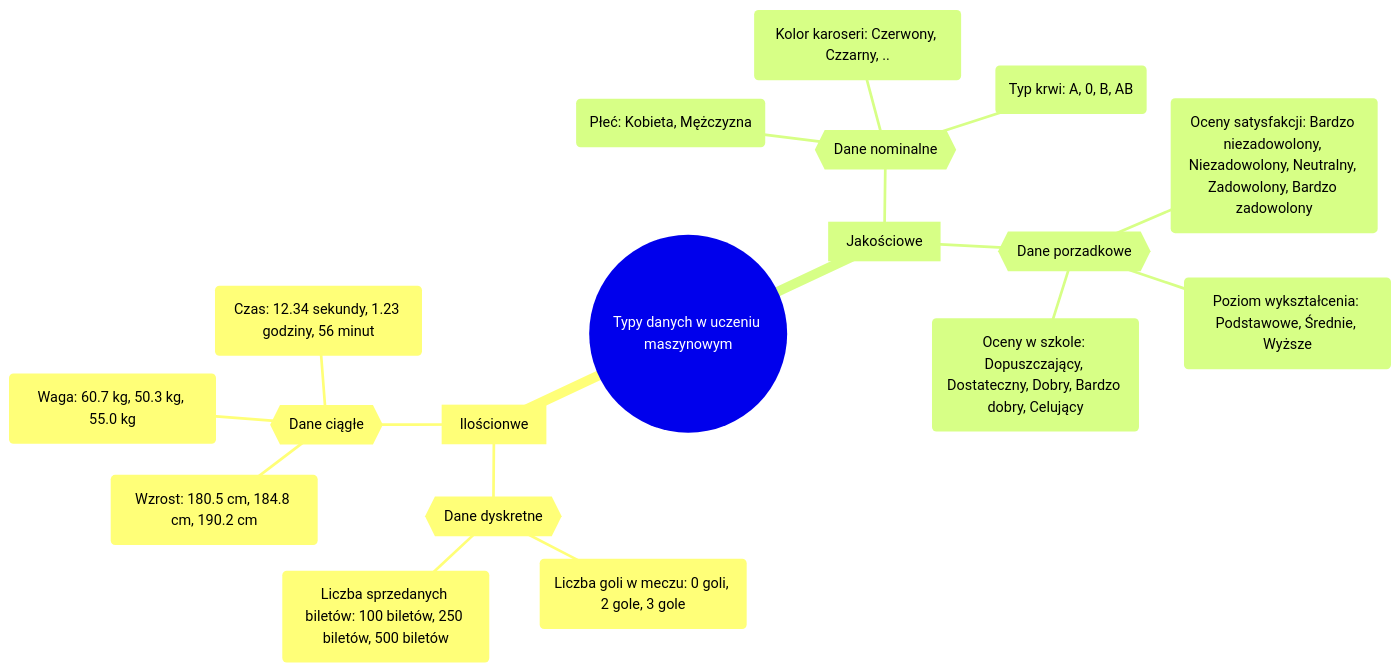
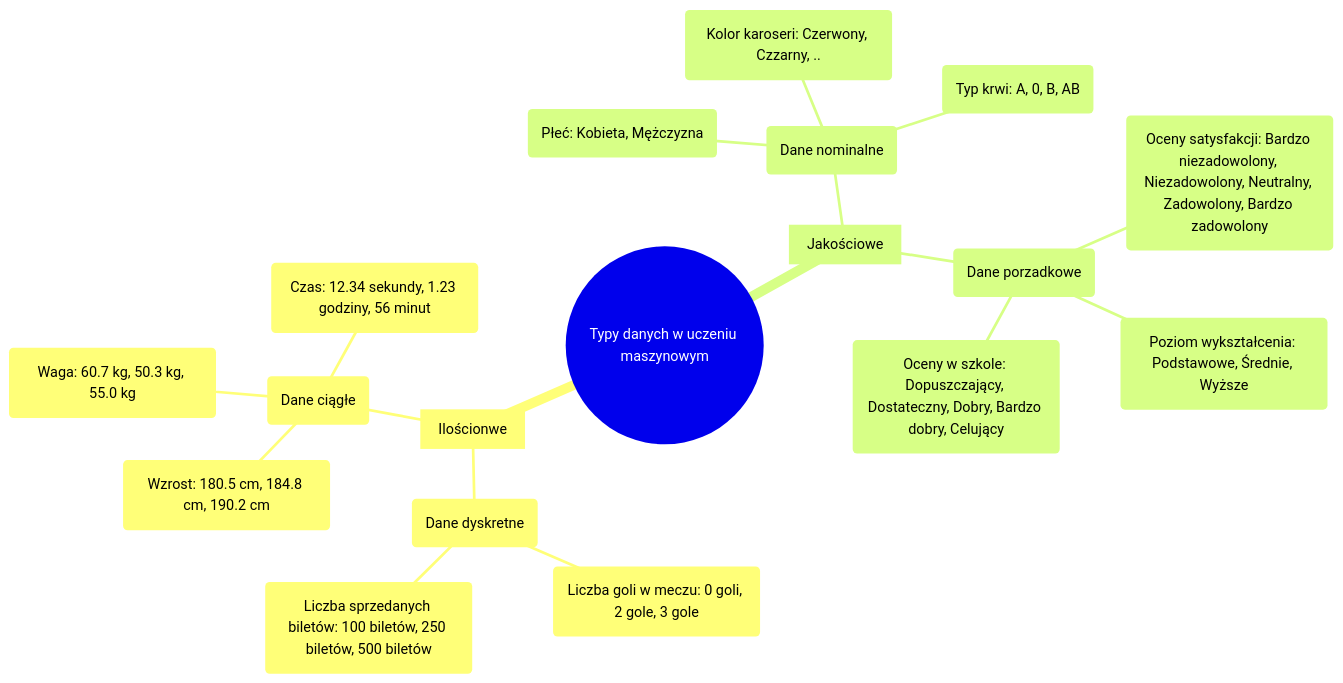
The diagram in DataTypes.md (wgalka/SI), drawn with Mermaid before and after one commit.

```diff
--- a/DataTypes.md
+++ b/DataTypes.md
@@ -8,21 +8,21 @@
 <div class="mermaid">
 mindmap
     id(("Typy danych w uczeniu maszynowym"))
-        id["Ilościonwe"]
-            id{{"Dane dyskretne"}}
+        id2["Ilościonwe"]
+            id4("Dane dyskretne")
                 id("Liczba goli w meczu: 0 goli, 2 gole, 3 gole")
                 id("Liczba sprzedanych biletów: 100 biletów, 250 biletów, 500 biletów")
-            id{{"Dane ciągłe"}}
+            id4("Dane ciągłe")
                 id("Wzrost: 180.5 cm, 184.8 cm, 190.2 cm")
                 id("Waga: 60.7 kg, 50.3 kg, 55.0 kg")
                 id("Czas: 12.34 sekundy, 1.23 godziny, 56 minut")
-        id["Jakościowe"]
-            id{{"Dane nominalne"}}
+        id3["Jakościowe"]
+            id5("Dane nominalne")
                 id("Płeć: Kobieta, Mężczyzna")
                 id("Kolor karoseri: Czerwony, Czzarny, ..")
                 id("Typ krwi: A, 0, B, AB")
-            id{{"Dane porzadkowe"}}
+            id5("Dane porzadkowe")
                 id("Oceny satysfakcji: Bardzo niezadowolony, Niezadowolony, Neutralny, Zadowolony, Bardzo zadowolony")
                 id("Poziom wykształcenia: Podstawowe, Średnie, Wyższe")
                 id("Oceny w szkole: Dopuszczający, Dostateczny, Dobry, Bardzo dobry, Celujący")
 </div>
```
